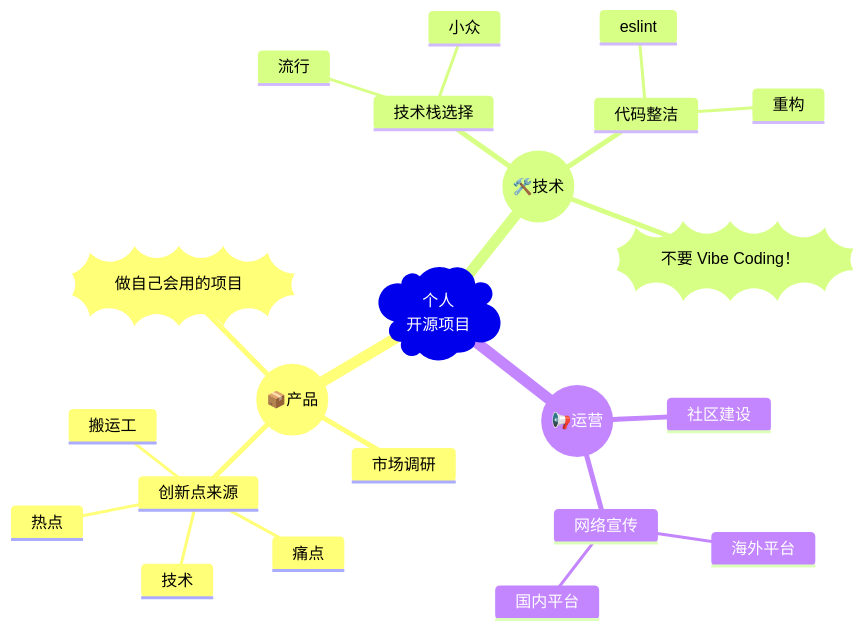
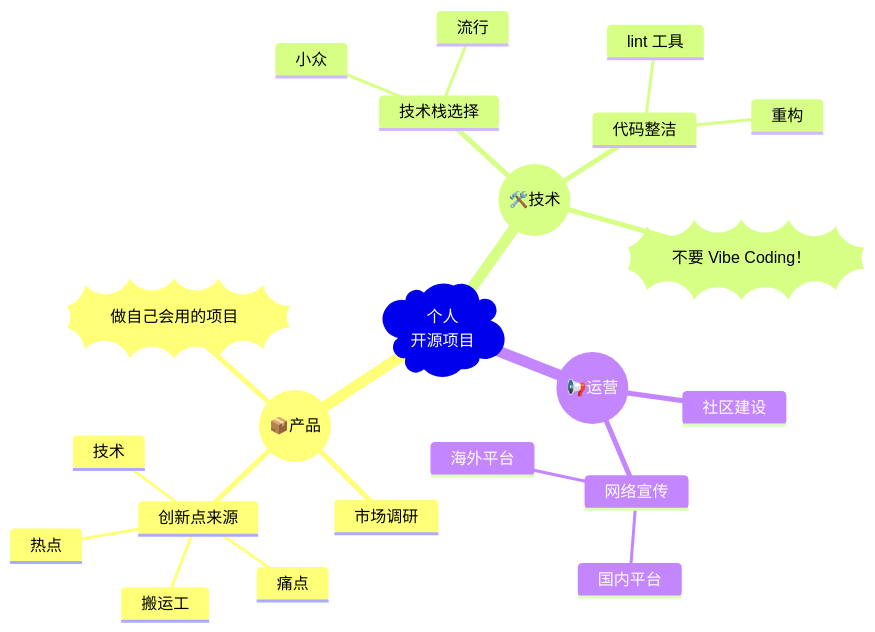
One commit to WCY-dt/blog changed the diagram in _posts/2025-08-03-开源项目小结.md. Above: the diagram before and after it, drawn with Mermaid. The commit also changed other lines of this file, not shown here.

````diff
--- a/_posts/2025-08-03-开源项目小结.md
+++ b/_posts/2025-08-03-开源项目小结.md
@@ -175,25 +177,25 @@
 ```mermaid
 mindmap
   root)个人<br>开源项目(
     ((📦产品))
       创新点来源
         痛点
         热点
         技术
         搬运工
       市场调研
       ))做自己会用的项目((
     ((🛠️技术))
       技术栈选择
         流行
         小众
       代码整洁
-        eslint
+        lint 工具
         重构
       ))不要 Vibe Coding！((
     ((📢运营))
       社区建设
       网络宣传
         国内平台
         海外平台
 ```
````
